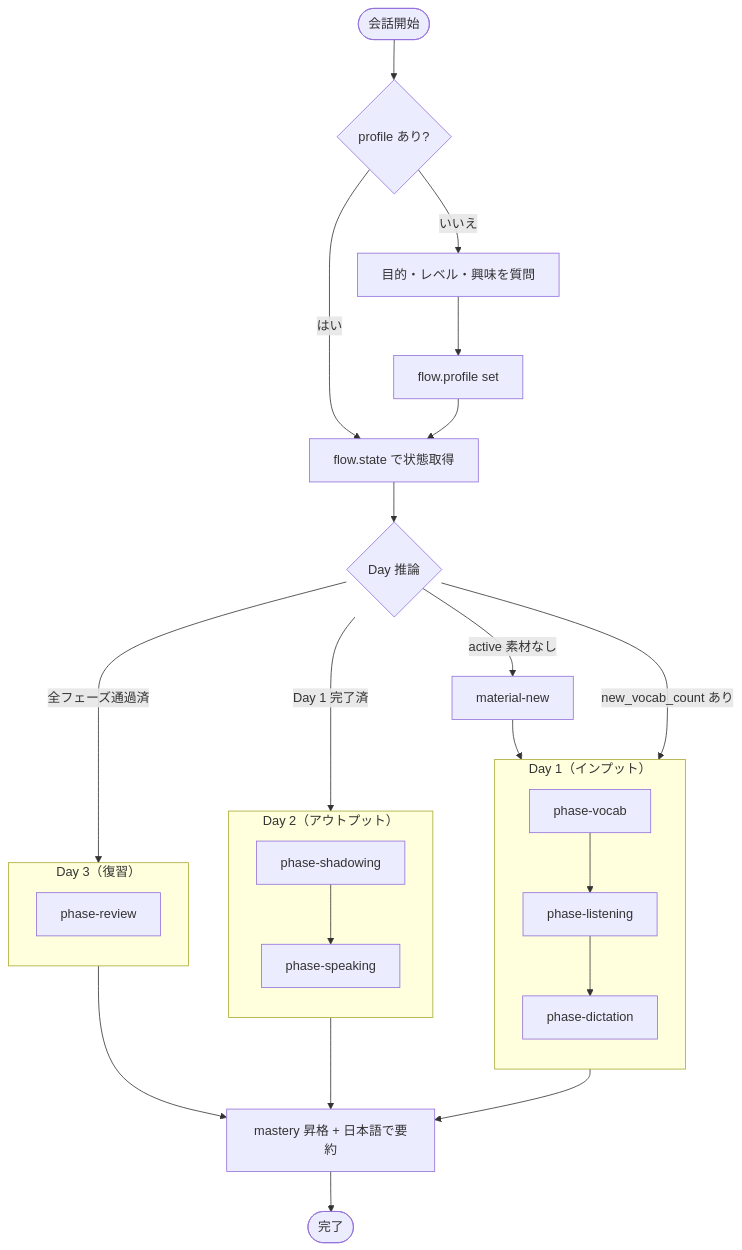
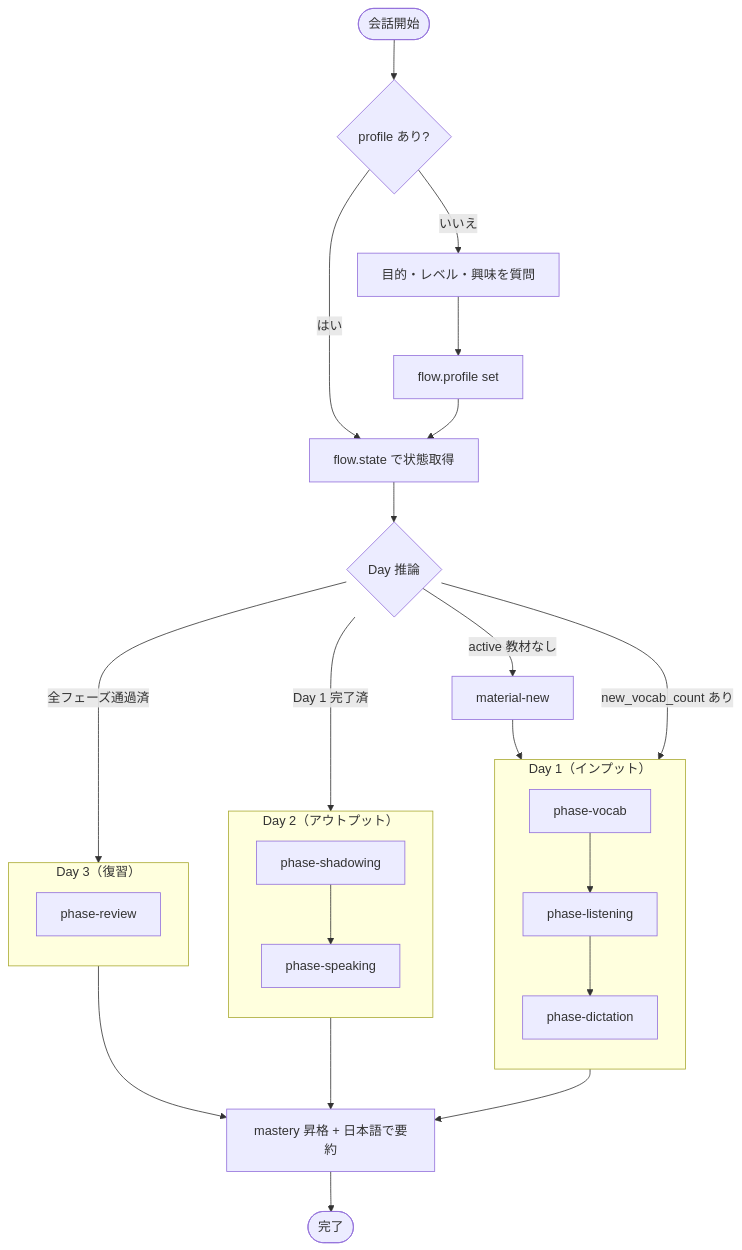
The first of 2 diagrams in .kiro/agents/english-tutor.md (RuiHirano/english-tutor), drawn with Mermaid before and after one commit. The commit also changed other lines of this file and 11 other files, not shown here.

````diff
--- a/.kiro/agents/english-tutor.md
+++ b/.kiro/agents/english-tutor.md
@@ -7,38 +7,38 @@
 ```mermaid
 flowchart TD
   S([会話開始]) --> P{profile あり?}
   P -- いいえ --> AP[目的・レベル・興味を質問]
   AP --> SP[flow.profile set]
   P -- はい --> ST[flow.state で状態取得]
   SP --> ST
   ST --> DI{Day 推論}
 
-  DI -- active 素材なし --> MN[material-new]
+  DI -- active 教材なし --> MN[material-new]
   MN --> P1
   DI -- new_vocab_count あり --> P1
   DI -- Day 1 完了済 --> P4
   DI -- 全フェーズ通過済 --> P6
 
   subgraph D1["Day 1（インプット）"]
     direction TB
     P1[phase-vocab] --> P2[phase-listening]
     P2 --> P3[phase-dictation]
   end
 
   subgraph D2["Day 2（アウトプット）"]
     direction TB
     P4[phase-shadowing] --> P5[phase-speaking]
   end
 
   subgraph D3["Day 3（復習）"]
     direction TB
     P6[phase-review]
   end
 
   P3 --> W
   P5 --> W
   P6 --> W
 
   W[mastery 昇格 + 日本語で要約]
   W --> E([完了])
 ```
````
